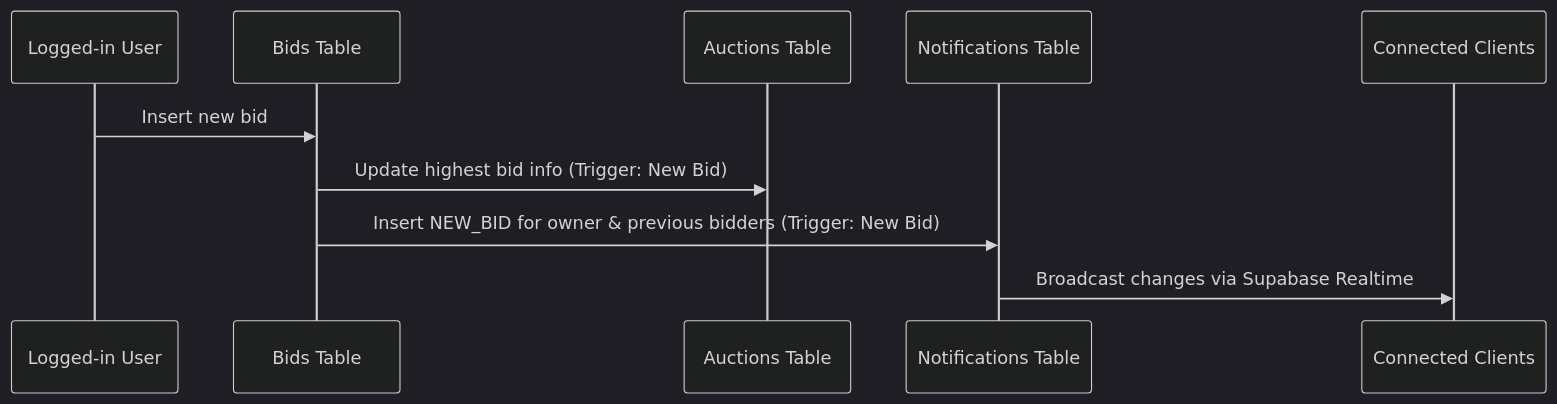
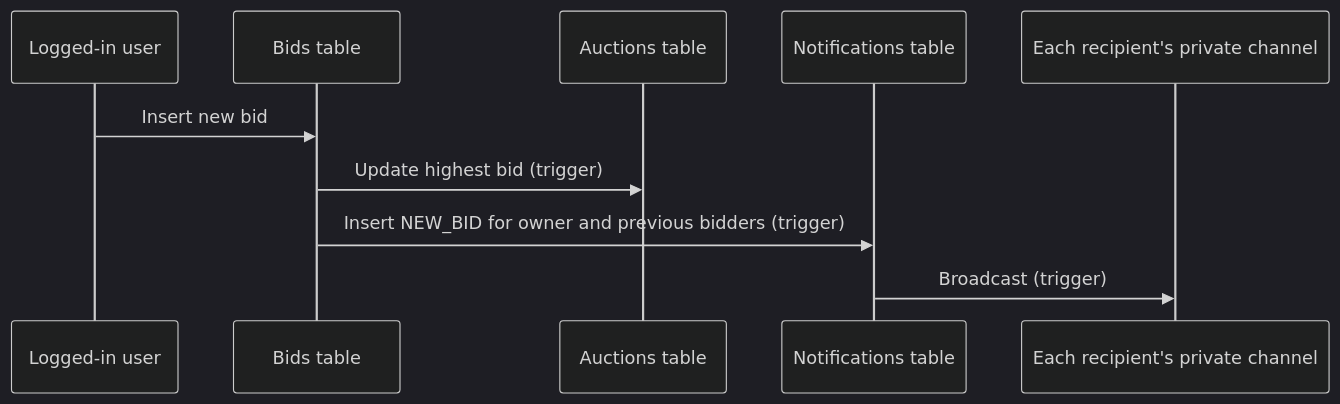
Before and after one commit to SiegfriedBz/Next-Auctions: the first of 3 diagrams in README.md, drawn with Mermaid (dark theme). The commit also changed other lines of this file, not shown here.

````diff
--- a/README.md
+++ b/README.md
@@ -150,13 +103,13 @@
 ```mermaid
 sequenceDiagram
-    participant User as Logged-in User
-    participant Bids as Bids Table
-    participant Auctions as Auctions Table
-    participant Notifications as Notifications Table
-    participant Clients as Connected Clients
+    participant User as Logged-in user
+    participant Bids as Bids table
+    participant Auctions as Auctions table
+    participant Notifications as Notifications table
+    participant Recipient as Each recipient's private channel
 
     User ->> Bids: Insert new bid
-    Bids ->> Auctions: Update highest bid info (Trigger: New Bid)
-    Bids ->> Notifications: Insert NEW_BID for owner & previous bidders (Trigger: New Bid)
-    Notifications ->> Clients: Broadcast changes via Supabase Realtime
+    Bids ->> Auctions: Update highest bid (trigger)
+    Bids ->> Notifications: Insert NEW_BID for owner and previous bidders (trigger)
+    Notifications ->> Recipient: Broadcast (trigger)
 ```
````
